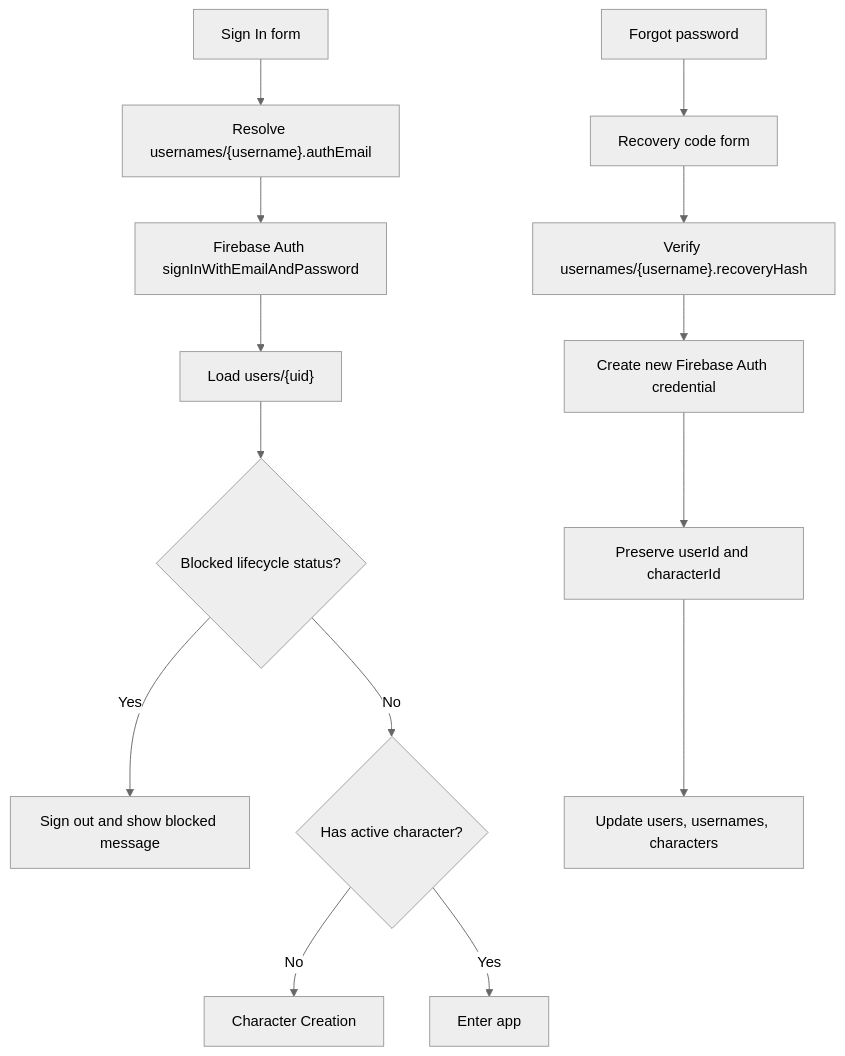
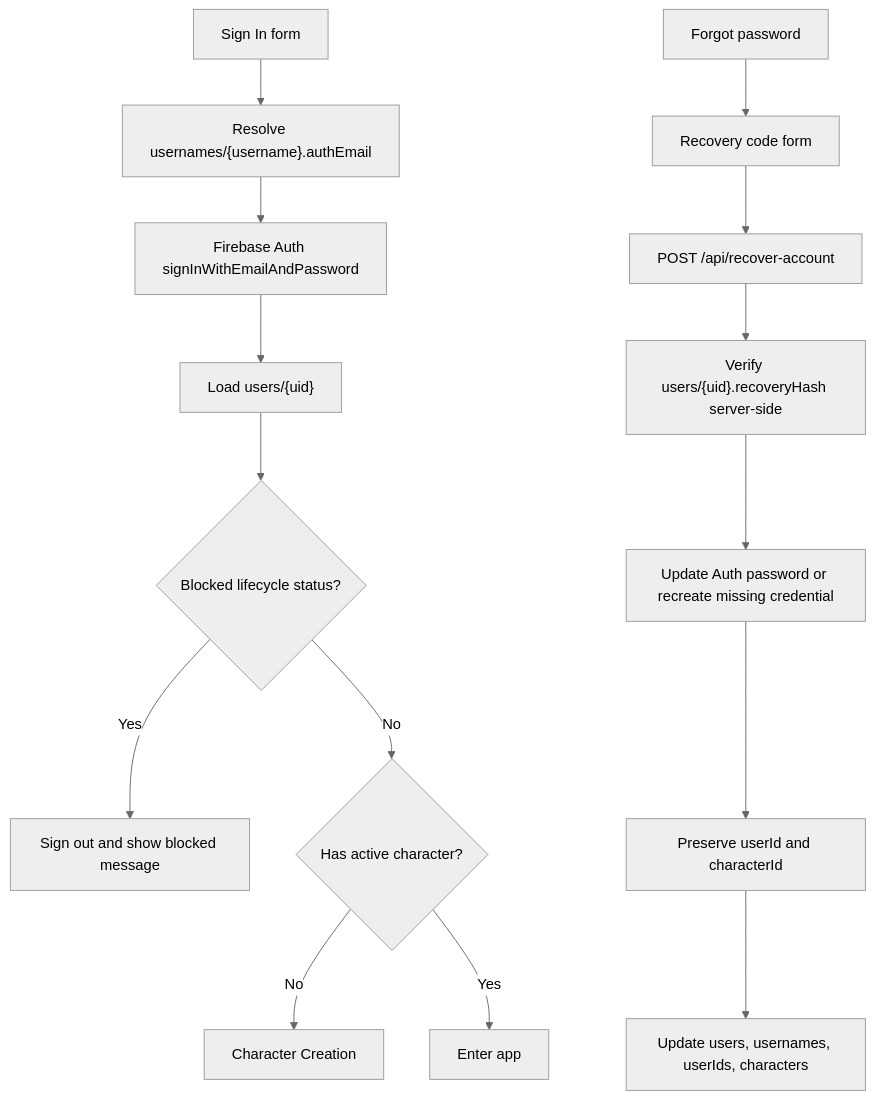
One commit to purichw/coin-quest-ledger changed the fifth of 17 diagrams in SITE_MAP_AND_INTERACTIONS.md. Above: the diagram before and after it, drawn with Mermaid (neutral theme). The commit also changed other lines of this file and 22 other files, not shown here.

Commit message:
Harden account recovery and Firebase access

````diff
--- a/SITE_MAP_AND_INTERACTIONS.md
+++ b/SITE_MAP_AND_INTERACTIONS.md
@@ -173,17 +174,18 @@
 ```mermaid
 flowchart TD
   Login["Sign In form"] --> Resolve["Resolve usernames/{username}.authEmail"]
   Resolve --> FirebaseSignIn["Firebase Auth signInWithEmailAndPassword"]
   FirebaseSignIn --> LoadUser["Load users/{uid}"]
   LoadUser --> Status{"Blocked lifecycle status?"}
   Status -->|Yes| Block["Sign out and show blocked message"]
   Status -->|No| Character{"Has active character?"}
   Character -->|No| CharacterCreation["Character Creation"]
   Character -->|Yes| PlayerApp["Enter app"]
 
   Forgot["Forgot password"] --> Recovery["Recovery code form"]
-  Recovery --> Verify["Verify usernames/{username}.recoveryHash"]
-  Verify --> Rotate["Create new Firebase Auth credential"]
-  Rotate --> Preserve["Preserve userId and characterId"]
-  Preserve --> UpdatePointers["Update users, usernames, characters"]
+  Recovery --> Backend["POST /api/recover-account"]
+  Backend --> Verify["Verify users/{uid}.recoveryHash server-side"]
+  Verify --> Reset["Update Auth password or recreate missing credential"]
+  Reset --> Preserve["Preserve userId and characterId"]
+  Preserve --> UpdatePointers["Update users, usernames, userIds, characters"]
 ```
````
